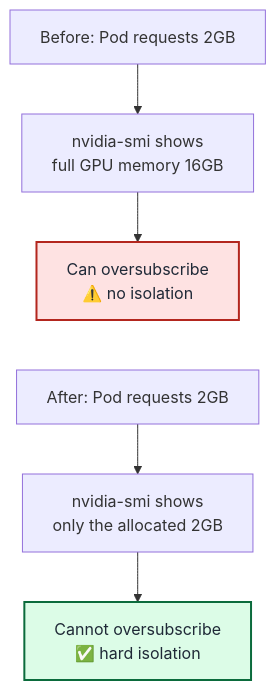
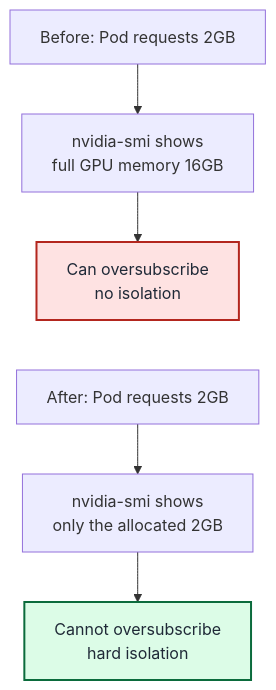
The second of 3 diagrams in blog/hami-core-adopted-by-nvidia-kai-scheduler/index.md (Project-HAMi/website), drawn with Mermaid before and after one commit. The commit also changed other lines of this file and 1 other file, not shown here.

Commit message:
fix: improve clarity in GPU memory isolation diagrams and update scheduler integration visuals

````diff
--- a/blog/hami-core-adopted-by-nvidia-kai-scheduler/index.md
+++ b/blog/hami-core-adopted-by-nvidia-kai-scheduler/index.md
@@ -86,13 +86,13 @@
 ```mermaid
 %% title: GPU Memory Isolation: Before vs After HAMi
 graph TD
     A1["Before: Pod requests 2GB"] --> A2["nvidia-smi shows<br/>full GPU memory 16GB"]
-    A2 --> A3["Can oversubscribe<br/>⚠️ no isolation"]
+    A2 --> A3["Can oversubscribe<br/>no isolation"]
 
     B1["After: Pod requests 2GB"] --> B2["nvidia-smi shows<br/>only the allocated 2GB"]
-    B2 --> B3["Cannot oversubscribe<br/>✅ hard isolation"]
+    B2 --> B3["Cannot oversubscribe<br/>hard isolation"]
 
     A3 ~~~ B1
     style A3 fill:#fee2e2,stroke:#b3261e,stroke-width:2px,color:#1f2937
     style B3 fill:#dcfce7,stroke:#0b6b3c,stroke-width:2px,color:#1f2937
 ```
````
